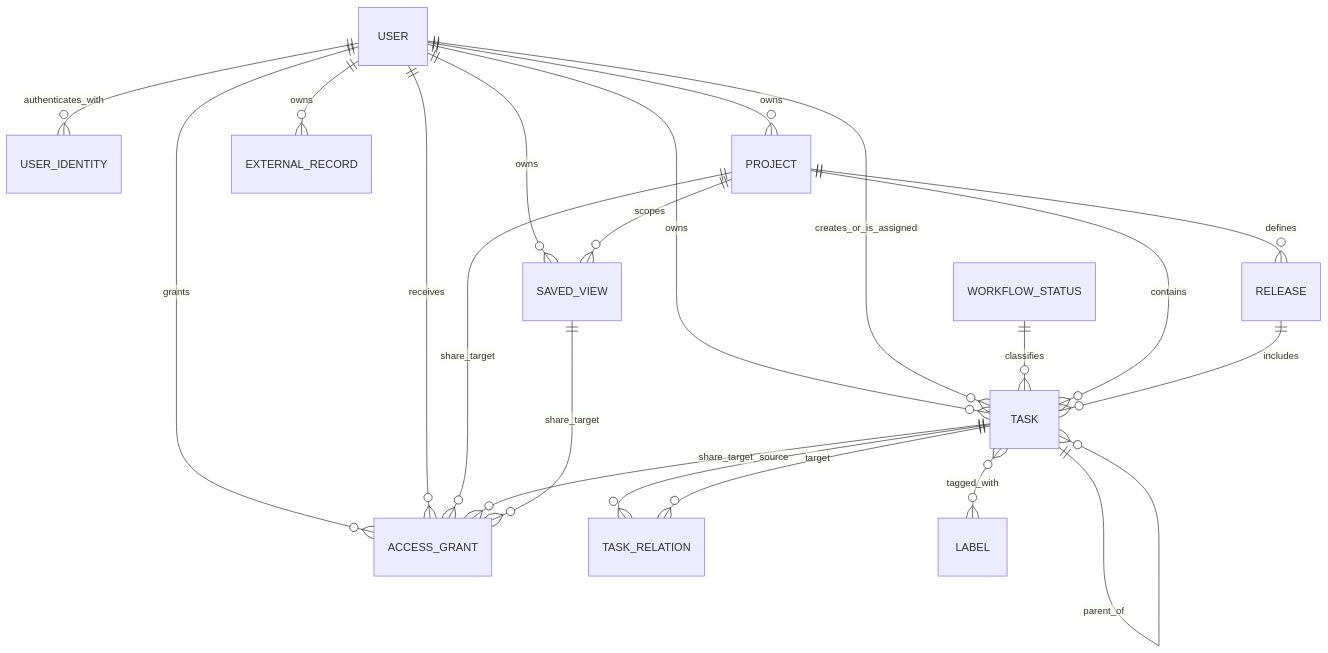
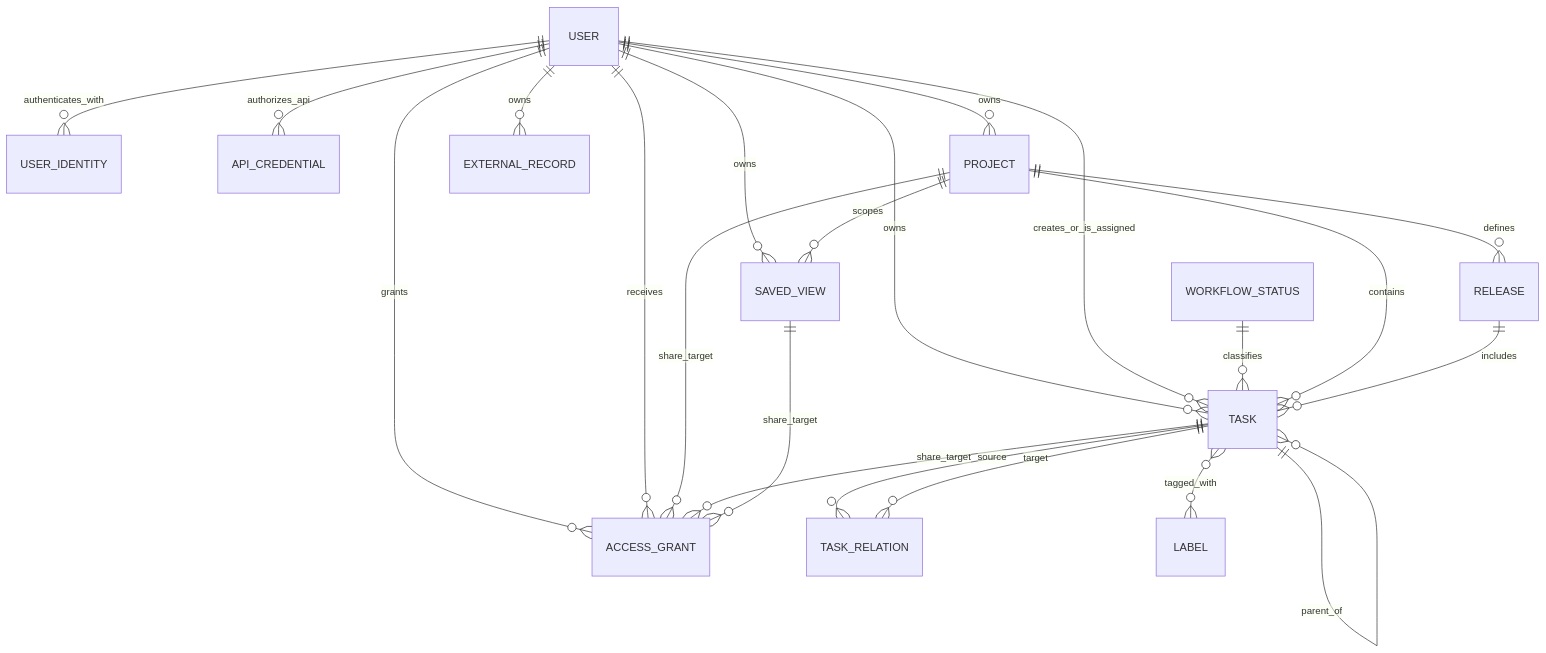
One commit to xxsrez/TaskManager changed the diagram in docs/reference/domain-model.md. Above: the diagram before and after it, drawn with Mermaid. The commit also changed other lines of this file and 32 other files, not shown here.

````diff
--- a/docs/reference/domain-model.md
+++ b/docs/reference/domain-model.md
@@ -13,23 +13,24 @@
 ```mermaid
 erDiagram
     USER ||--o{ USER_IDENTITY : authenticates_with
+    USER ||--o{ API_CREDENTIAL : authorizes_api
     USER ||--o{ TASK : owns
     USER ||--o{ PROJECT : owns
     USER ||--o{ SAVED_VIEW : owns
     USER ||--o{ ACCESS_GRANT : grants
     USER ||--o{ ACCESS_GRANT : receives
     USER ||--o{ TASK : creates_or_is_assigned
     WORKFLOW_STATUS ||--o{ TASK : classifies
     PROJECT ||--o{ TASK : contains
     PROJECT ||--o{ RELEASE : defines
     RELEASE ||--o{ TASK : includes
     TASK ||--o{ TASK : parent_of
     TASK ||--o{ TASK_RELATION : source
     TASK ||--o{ TASK_RELATION : target
     TASK }o--o{ LABEL : tagged_with
     USER ||--o{ EXTERNAL_RECORD : owns
     PROJECT ||--o{ SAVED_VIEW : scopes
     PROJECT ||--o{ ACCESS_GRANT : share_target
     TASK ||--o{ ACCESS_GRANT : share_target
     SAVED_VIEW ||--o{ ACCESS_GRANT : share_target
 ```
````
